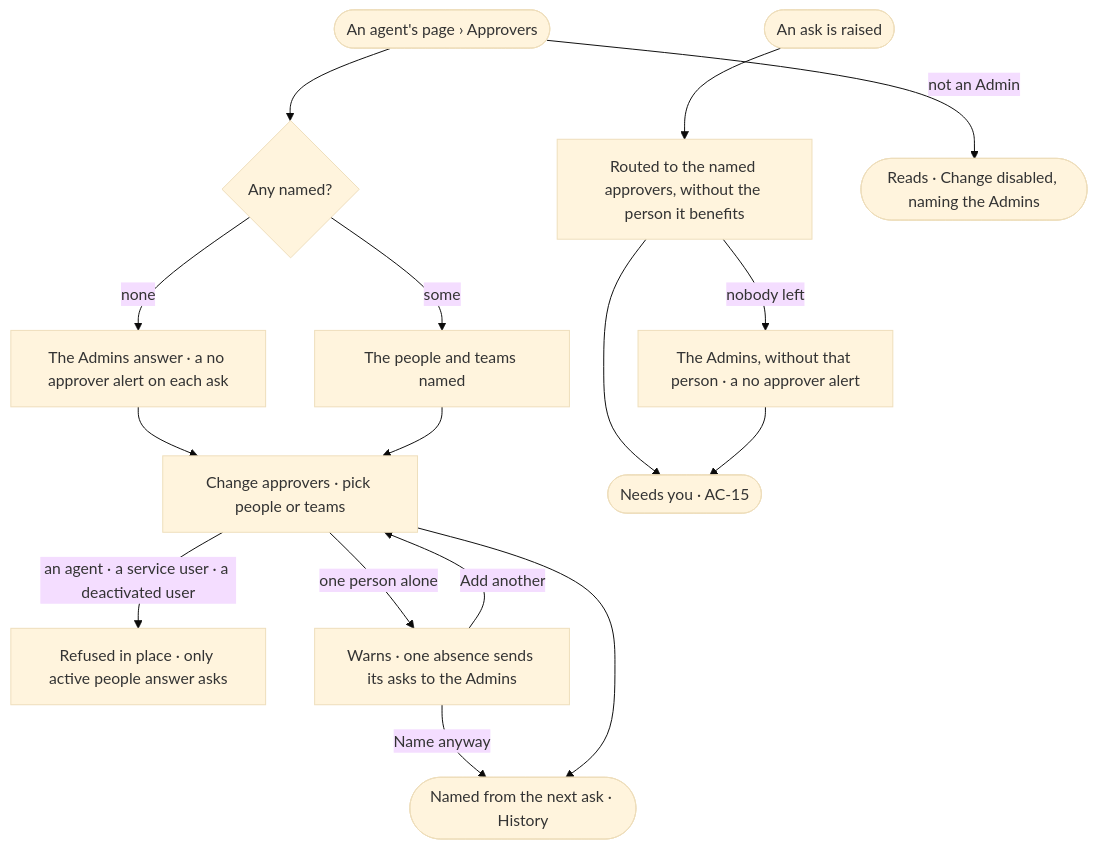
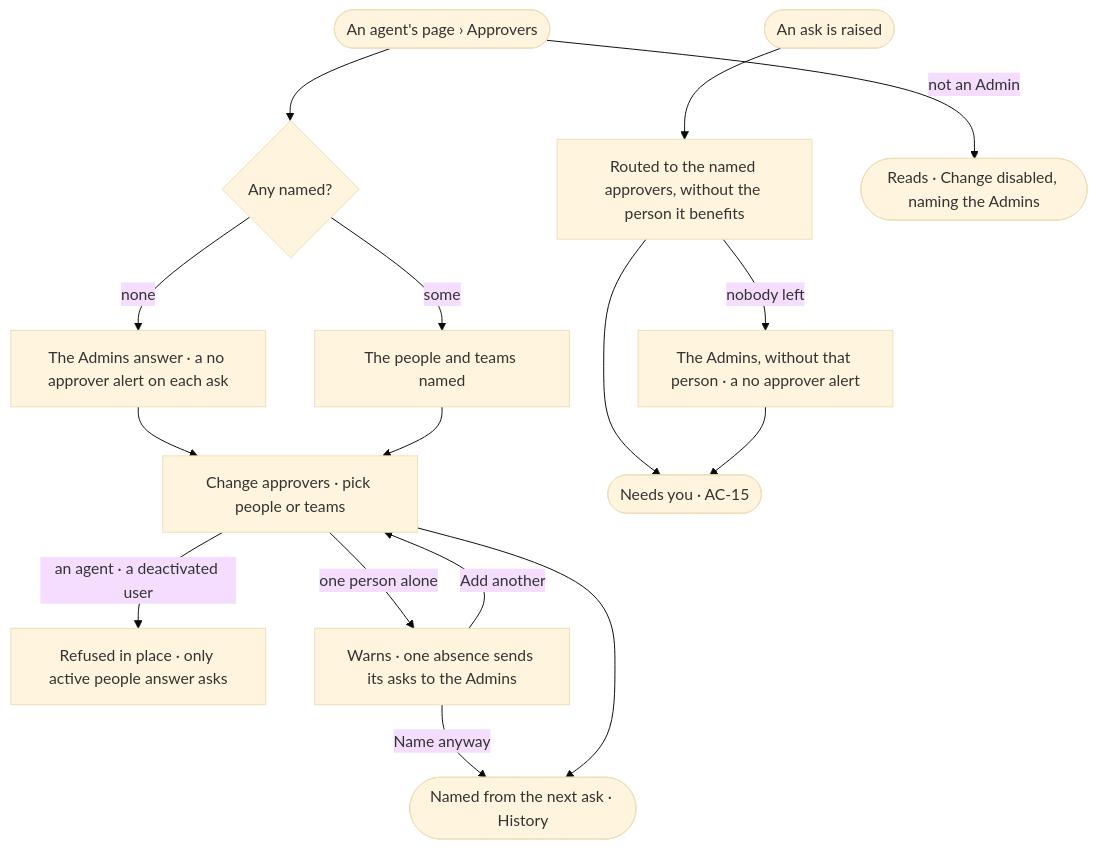
The diagram in specs/os/access/features/AC-F05-asks-and-approvals/stories/AC-26-name-who-answers-an-agents-asks/story.md (invana/invana), drawn with Mermaid (base theme) before and after one commit. The commit also changed other lines of this file and 40 other files, not shown here.

````diff
--- a/specs/os/access/features/AC-F05-asks-and-approvals/stories/AC-26-name-who-answers-an-agents-asks/story.md
+++ b/specs/os/access/features/AC-F05-asks-and-approvals/stories/AC-26-name-who-answers-an-agents-asks/story.md
@@ -26,18 +26,18 @@
 ```mermaid
 flowchart TD
   a([An agent's page › Approvers]) --> n{"Any named?"}
   n -->|none| adm["The Admins answer · a no approver alert on each ask"]
   n -->|some| l["The people and teams named"]
   adm --> ch["Change approvers · pick people or teams"]
   l --> ch
-  ch -->|an agent · a service user · a deactivated user| ref["Refused in place · only active people answer asks"]
+  ch -->|an agent · a deactivated user| ref["Refused in place · only active people answer asks"]
   ch -->|one person alone| warn["Warns · one absence sends its asks to the Admins"]
   warn -->|Name anyway| ok
   warn -->|Add another| ch
   ch --> ok(["Named from the next ask · History"])
   ask([An ask is raised]) --> rt["Routed to the named approvers, without the person it benefits"]
   rt -->|nobody left| fb["The Admins, without that person · a no approver alert"]
   rt --> inbox(["Needs you · AC-15"])
   fb --> inbox
   a -->|not an Admin| ro(["Reads · Change disabled, naming the Admins"])
 ```
````
